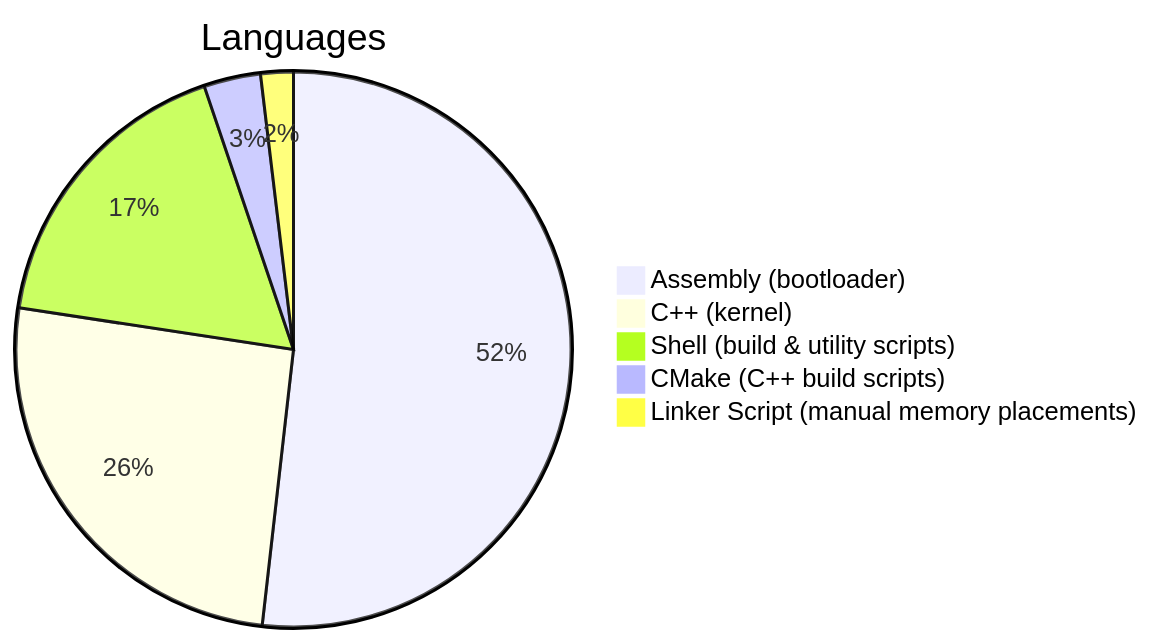
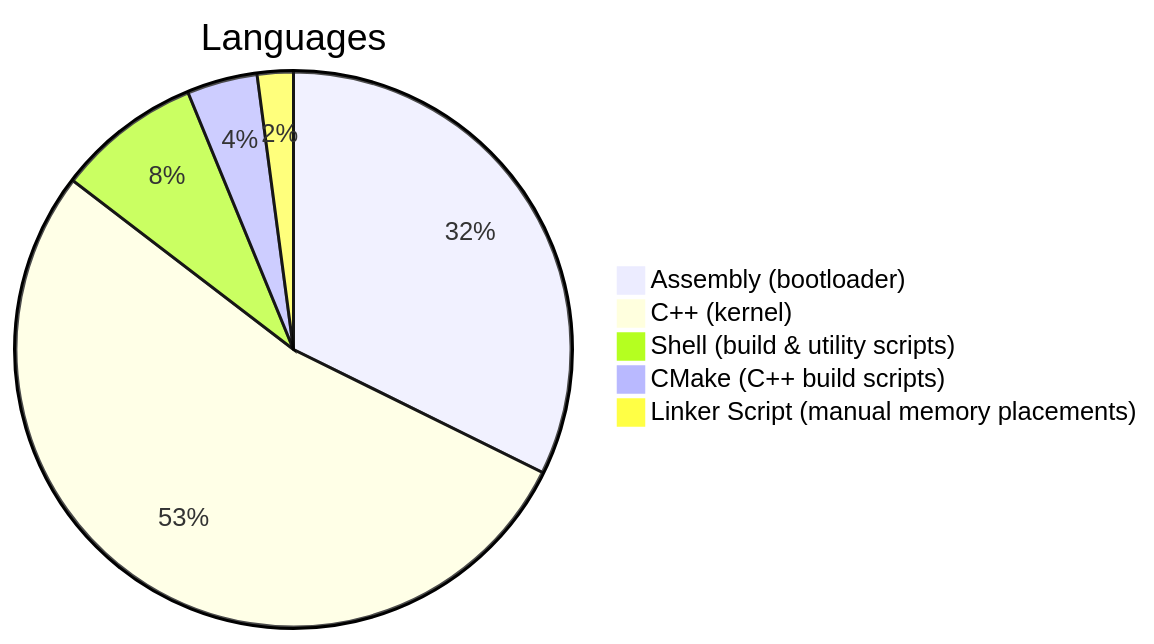
The diagram in README.md (alx-m24/Lexvi), drawn with Mermaid before and after one commit.

Commit message:
Revise language statistics in README
Updated language usage statistics in the README.

````diff
--- a/README.md
+++ b/README.md
@@ -11,8 +11,8 @@
 ```mermaid
 pie title Languages
-    "Assembly (bootloader)" : 51.8
-    "C++ (kernel)" : 25.6
-    "Shell (build & utility scripts)" : 17.4
-    "CMake (C++ build scripts)" : 3.3
-    "Linker Script (manual memory placements)" : 1.9
+    "Assembly (bootloader)" : 32.3
+    "C++ (kernel)" : 53.1
+    "Shell (build & utility scripts)" : 8.4
+    "CMake (C++ build scripts)" : 4.1
+    "Linker Script (manual memory placements)" : 2.1
 ```
````
